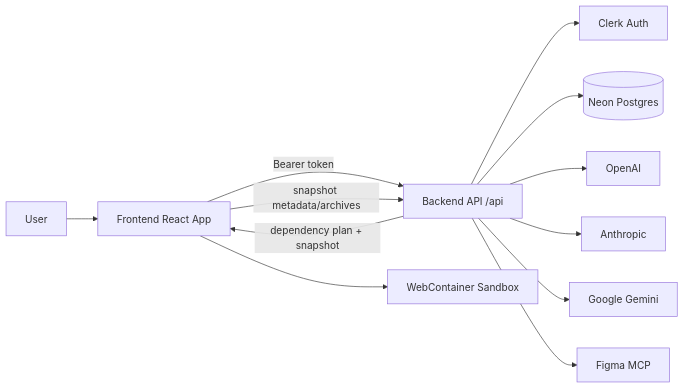
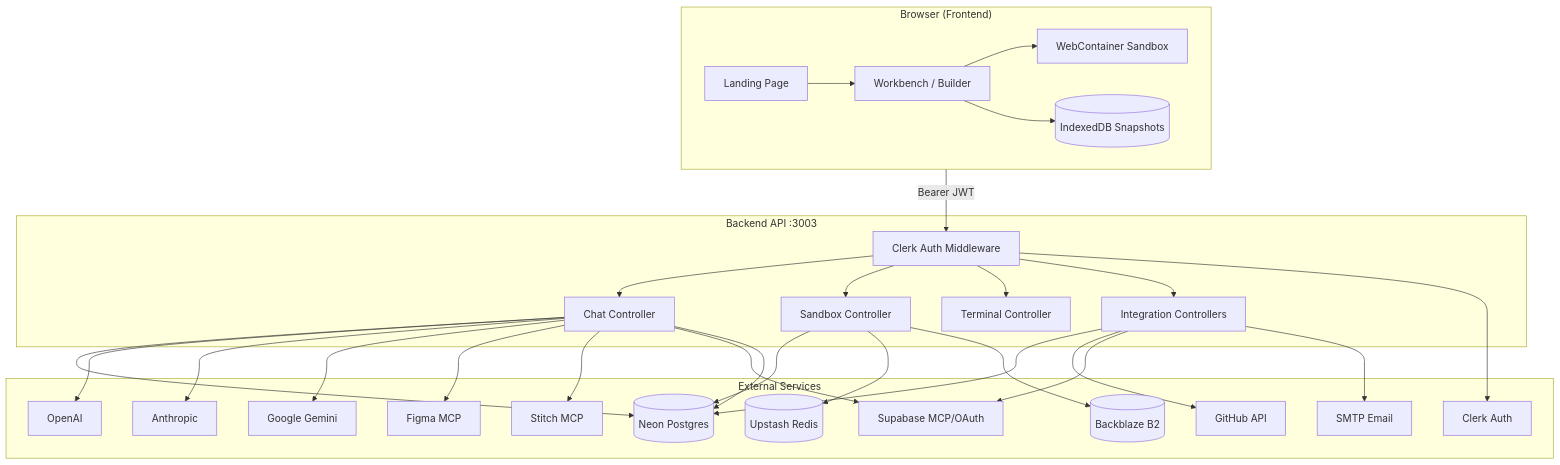
The third of 20 diagrams in README.md (SpiritOfKedar/nextgen), drawn with Mermaid before and after one commit. The commit also changed other lines of this file and 1 other file, not shown here.

Commit message:
fix: update SMTP email service configuration and improve invitation email formatting for better clarity and user experience

````diff
--- a/README.md
+++ b/README.md
@@ -82,14 +261,43 @@
 ```mermaid
-flowchart LR
-  U[User] --> FE[Frontend React App]
-  FE -->|Bearer token| BE[Backend API /api]
-  BE --> CK[Clerk Auth]
-  BE --> DB[(Neon Postgres)]
-  BE --> AI1[OpenAI]
-  BE --> AI2[Anthropic]
-  BE --> AI3[Google Gemini]
-  BE --> MCP[Figma MCP]
-  FE --> WC[WebContainer Sandbox]
-  FE -->|snapshot metadata/archives| BE
-  BE -->|dependency plan + snapshot| FE
+flowchart TB
+    subgraph Browser["Browser (Frontend)"]
+        LP[Landing Page]
+        WB[Workbench / Builder]
+        WC[WebContainer Sandbox]
+        IDB[(IndexedDB Snapshots)]
+        LP --> WB
+        WB --> WC
+        WB --> IDB
+    end
+
+    subgraph API["Backend API :3003"]
+        AUTH[Clerk Auth Middleware]
+        CHAT[Chat Controller]
+        SBX[Sandbox Controller]
+        TERM[Terminal Controller]
+        INT[Integration Controllers]
+    end
+
+    subgraph External["External Services"]
+        CLERK[Clerk Auth]
+        PG[(Neon Postgres)]
+        REDIS[(Upstash Redis)]
+        B2[(Backblaze B2)]
+        OAI[OpenAI]
+        ANT[Anthropic]
+        GEM[Google Gemini]
+        FIG[Figma MCP]
+        STI[Stitch MCP]
+        SUP[Supabase MCP/OAuth]
+        GH[GitHub API]
+        SMTP[SMTP Email]
+    end
+
+    Browser -->|Bearer JWT| AUTH
+    AUTH --> CHAT & SBX & TERM & INT
+    CHAT --> PG & OAI & ANT & GEM & FIG & STI & SUP
+    SBX --> PG & REDIS & B2
+    INT --> PG & GH & SUP & SMTP
+    AUTH --> CLERK
+    CHAT --> PG
 ```
````
